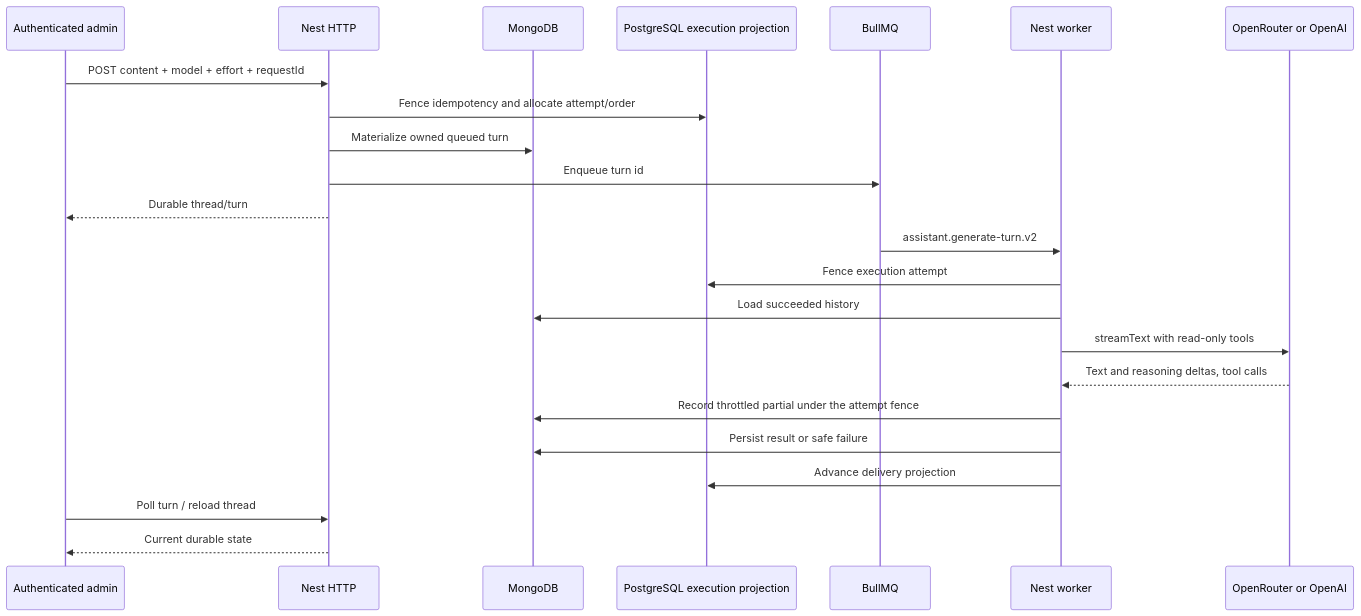
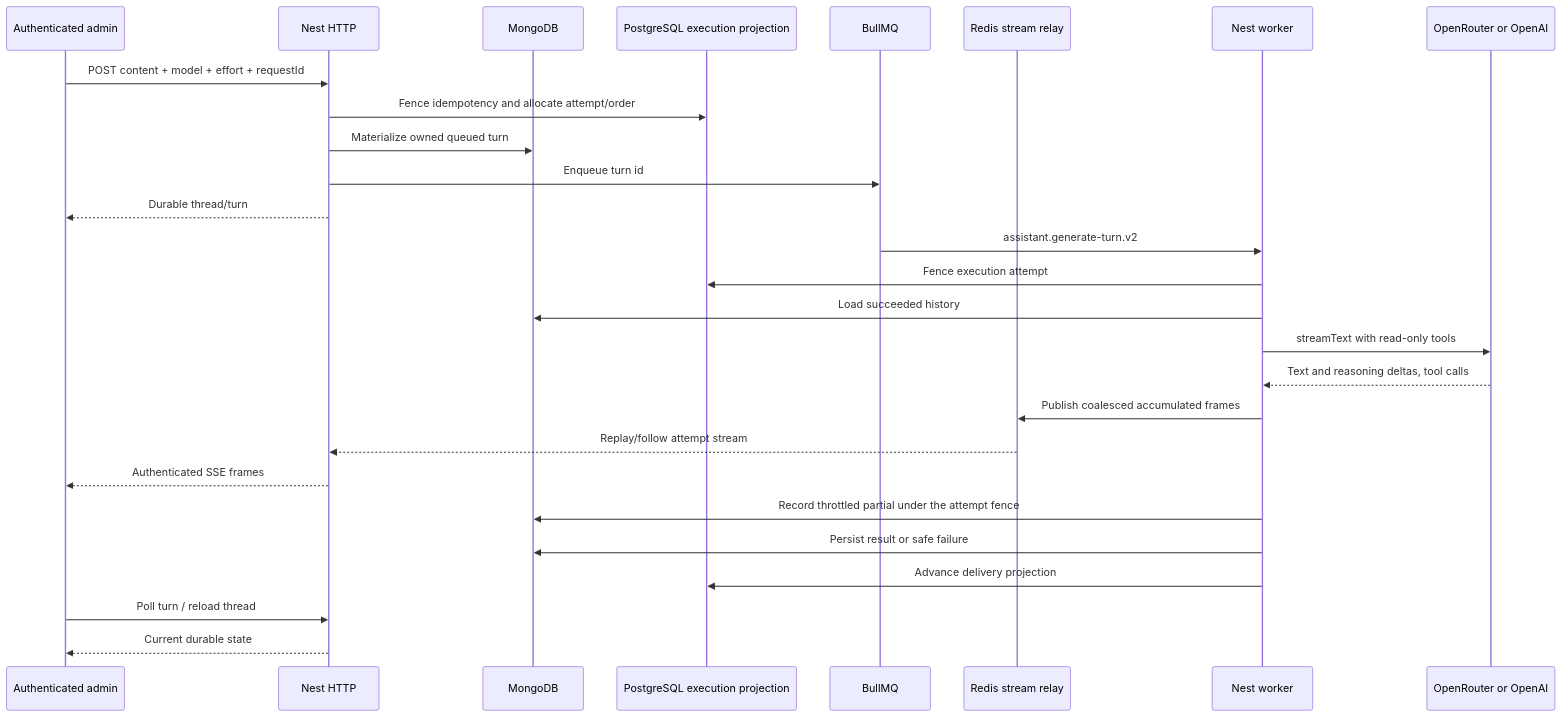
The diagram in docs/backend/modules/assistant.md (johnakisk0700/slopform), drawn with Mermaid before and after one commit. The commit also changed other lines of this file and 20 other files, not shown here.

````diff
--- a/docs/backend/modules/assistant.md
+++ b/docs/backend/modules/assistant.md
@@ -113,26 +116,30 @@
 ```mermaid
 sequenceDiagram
   participant Admin as Authenticated admin
   participant API as Nest HTTP
   participant Mongo as MongoDB
   participant DB as PostgreSQL execution projection
   participant Queue as BullMQ
+  participant Redis as Redis stream relay
   participant Worker as Nest worker
   participant Model as OpenRouter or OpenAI
 
   Admin->>API: POST content + model + effort + requestId
   API->>DB: Fence idempotency and allocate attempt/order
   API->>Mongo: Materialize owned queued turn
   API->>Queue: Enqueue turn id
   API-->>Admin: Durable thread/turn
   Queue->>Worker: assistant.generate-turn.v2
   Worker->>DB: Fence execution attempt
   Worker->>Mongo: Load succeeded history
   Worker->>Model: streamText with read-only tools
   Model-->>Worker: Text and reasoning deltas, tool calls
+  Worker->>Redis: Publish coalesced accumulated frames
+  Redis-->>API: Replay/follow attempt stream
+  API-->>Admin: Authenticated SSE frames
   Worker->>Mongo: Record throttled partial under the attempt fence
   Worker->>Mongo: Persist result or safe failure
   Worker->>DB: Advance delivery projection
   Admin->>API: Poll turn / reload thread
   API-->>Admin: Current durable state
 ```
````
